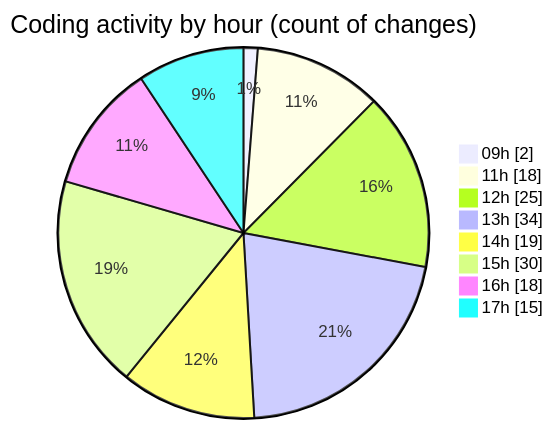
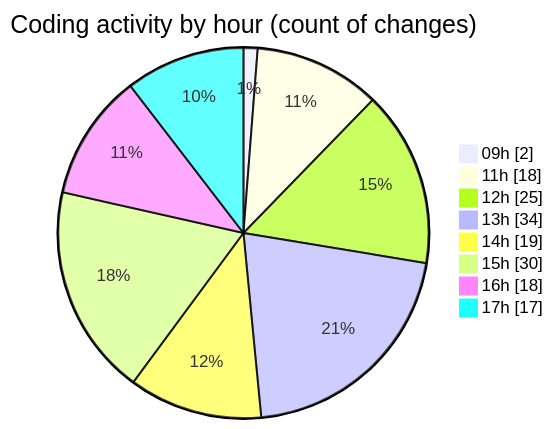
Before and after one commit to momahboobian/code-tracking: the second of 2 diagrams in 2025-06-30/cda/README.md, drawn with Mermaid. The commit also changed other lines of this file and 1 other file, not shown here.

````diff
--- a/2025-06-30/cda/README.md
+++ b/2025-06-30/cda/README.md
@@ -52,12 +52,12 @@
 ```mermaid
 pie showData
 title Coding activity by hour (count of changes)
 "09h" : 2
 "11h" : 18
 "12h" : 25
 "13h" : 34
 "14h" : 19
 "15h" : 30
 "16h" : 18
-"17h" : 15
+"17h" : 17
 ```
````
